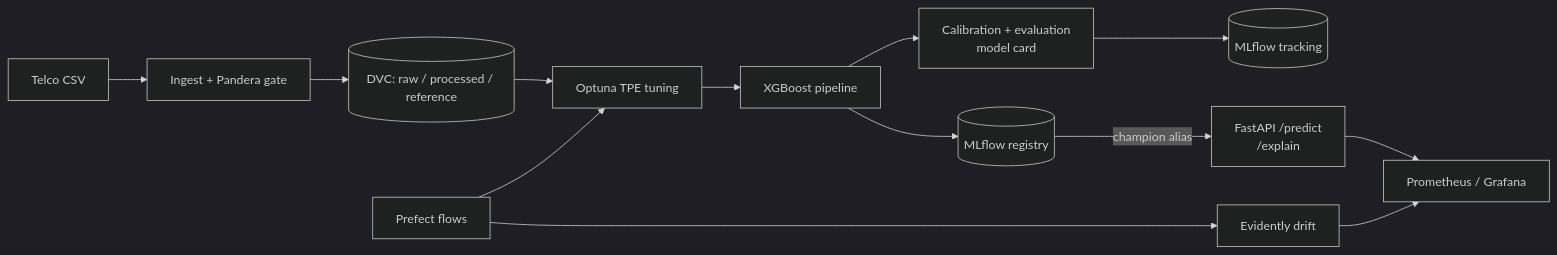
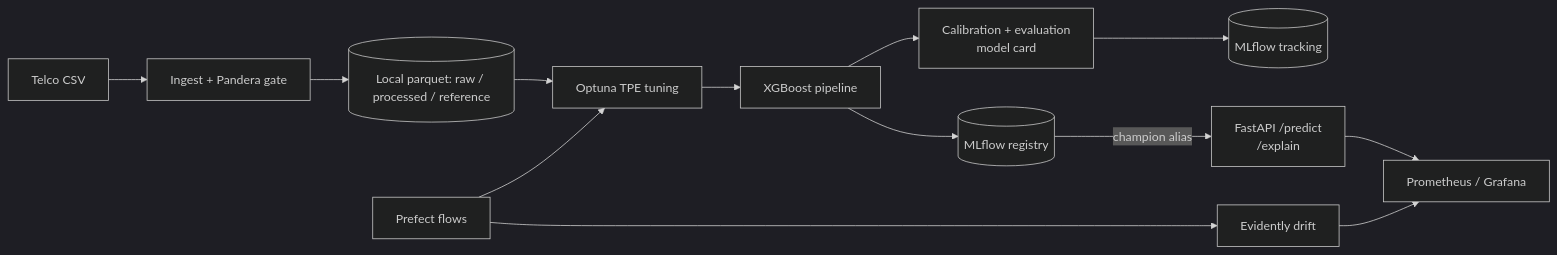
The diagram in README.md (GuptaAman12/churnguard), drawn with Mermaid (dark theme) before and after one commit. The commit also changed other lines of this file and 5 other files, not shown here.

````diff
--- a/README.md
+++ b/README.md
@@ -109,15 +108,15 @@
 ```mermaid
 flowchart LR
     A[Telco CSV] --> B[Ingest + Pandera gate]
-    B --> C[(DVC: raw / processed / reference)]
+    B --> C[(Local parquet: raw / processed / reference)]
     C --> D[Optuna TPE tuning]
     D --> E[XGBoost pipeline]
     E --> F[Calibration + evaluation<br/>model card]
     F --> G[(MLflow tracking)]
     E --> H[(MLflow registry)]
     H -->|champion alias| I[FastAPI /predict<br/>/explain]
     I --> J[Prometheus / Grafana]
     K[Evidently drift] --> J
     L[Prefect flows] --> D
     L --> K
 ```
````
